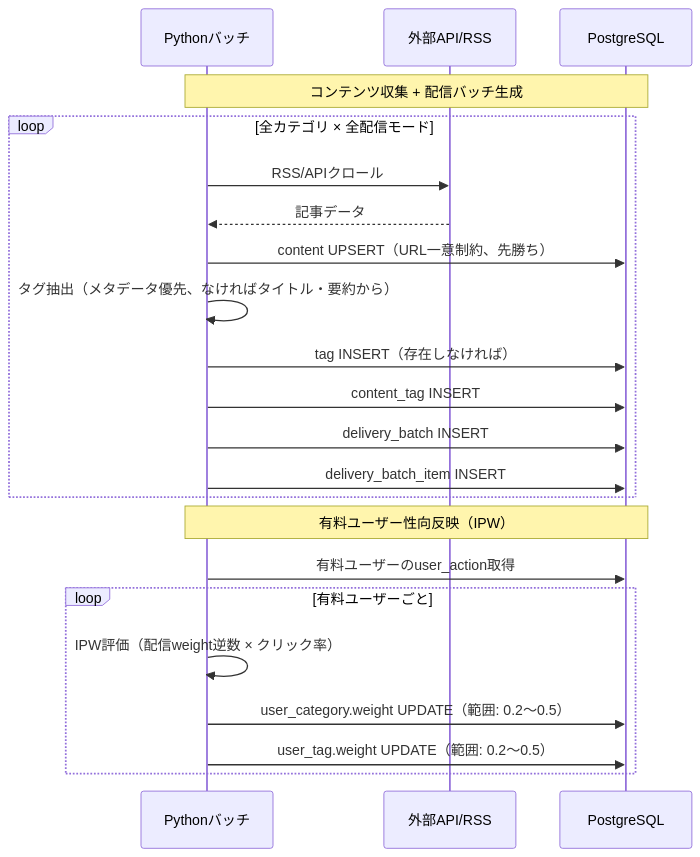
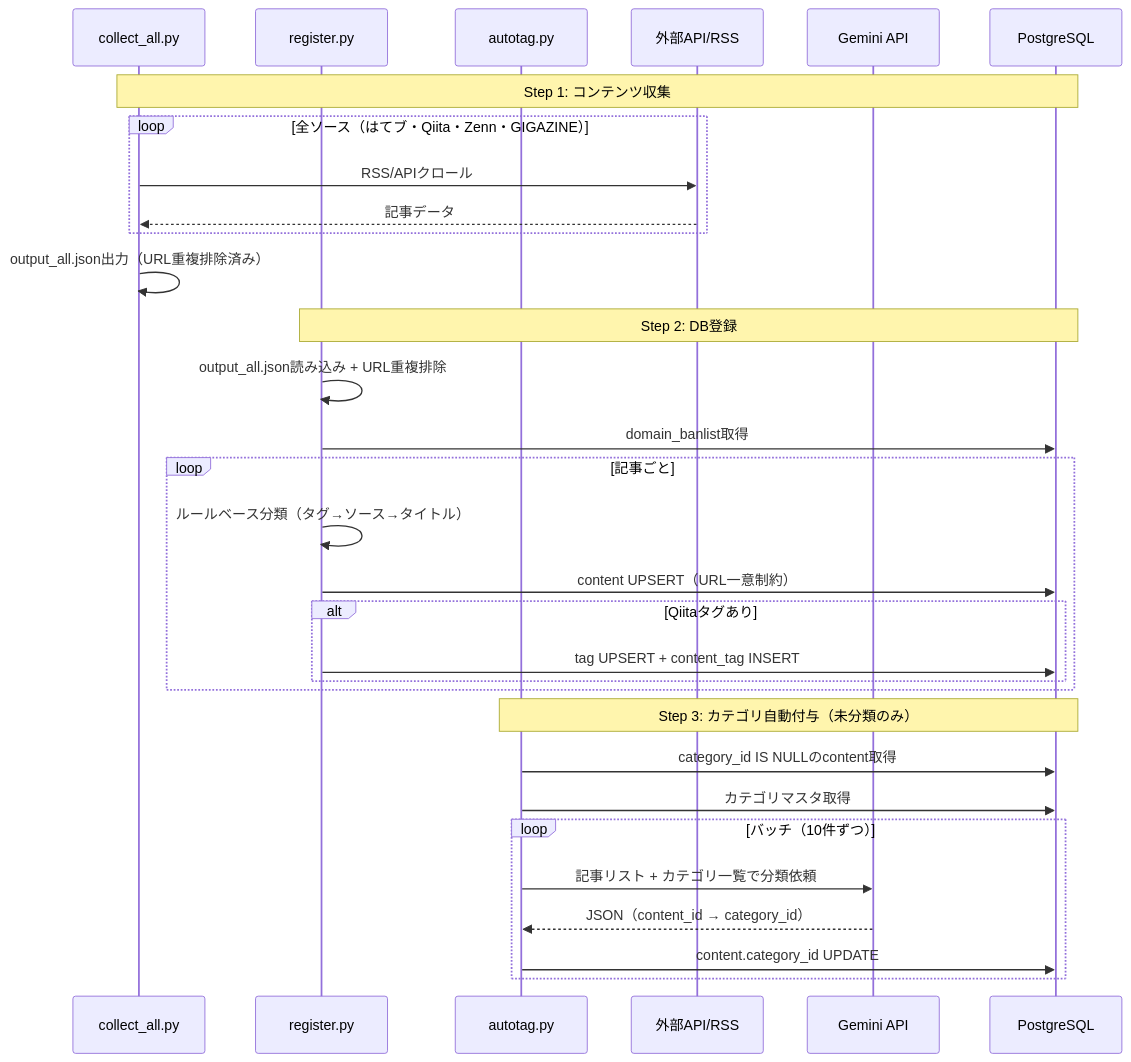
One commit to WMinsane/yaminabe changed the sixth of 6 diagrams in .docs/sequence.md. Above: the diagram before and after it, drawn with Mermaid. The commit also changed other lines of this file and 10 other files, not shown here.

````diff
--- a/.docs/sequence.md
+++ b/.docs/sequence.md
@@ -146,26 +149,36 @@
 ```mermaid
 sequenceDiagram
-    participant PY as Pythonバッチ
+    participant CO as collect_all.py
+    participant RG as register.py
+    participant AT as autotag.py
     participant API as 外部API/RSS
+    participant GM as Gemini API
     participant DB as PostgreSQL
 
-    Note over PY,DB: コンテンツ収集 + 配信バッチ生成
-    loop 全カテゴリ × 全配信モード
-        PY->>API: RSS/APIクロール
-        API-->>PY: 記事データ
-        PY->>DB: content UPSERT（URL一意制約、先勝ち）
-        PY->>PY: タグ抽出（メタデータ優先、なければタイトル・要約から）
-        PY->>DB: tag INSERT（存在しなければ）
-        PY->>DB: content_tag INSERT
-        PY->>DB: delivery_batch INSERT
-        PY->>DB: delivery_batch_item INSERT
+    Note over CO,DB: Step 1: コンテンツ収集
+    loop 全ソース（はてブ・Qiita・Zenn・GIGAZINE）
+        CO->>API: RSS/APIクロール
+        API-->>CO: 記事データ
+    end
+    CO->>CO: output_all.json出力（URL重複排除済み）
+
+    Note over RG,DB: Step 2: DB登録
+    RG->>RG: output_all.json読み込み + URL重複排除
+    RG->>DB: domain_banlist取得
+    loop 記事ごと
+        RG->>RG: ルールベース分類（タグ→ソース→タイトル）
+        RG->>DB: content UPSERT（URL一意制約）
+        alt Qiitaタグあり
+            RG->>DB: tag UPSERT + content_tag INSERT
+        end
     end
 
-    Note over PY,DB: 有料ユーザー性向反映（IPW）
-    PY->>DB: 有料ユーザーのuser_action取得
-    loop 有料ユーザーごと
-        PY->>PY: IPW評価（配信weight逆数 × クリック率）
-        PY->>DB: user_category.weight UPDATE（範囲: 0.2〜0.5）
-        PY->>DB: user_tag.weight UPDATE（範囲: 0.2〜0.5）
+    Note over AT,DB: Step 3: カテゴリ自動付与（未分類のみ）
+    AT->>DB: category_id IS NULLのcontent取得
+    AT->>DB: カテゴリマスタ取得
+    loop バッチ（10件ずつ）
+        AT->>GM: 記事リスト + カテゴリ一覧で分類依頼
+        GM-->>AT: JSON（content_id → category_id）
+        AT->>DB: content.category_id UPDATE
     end
 ```
````
